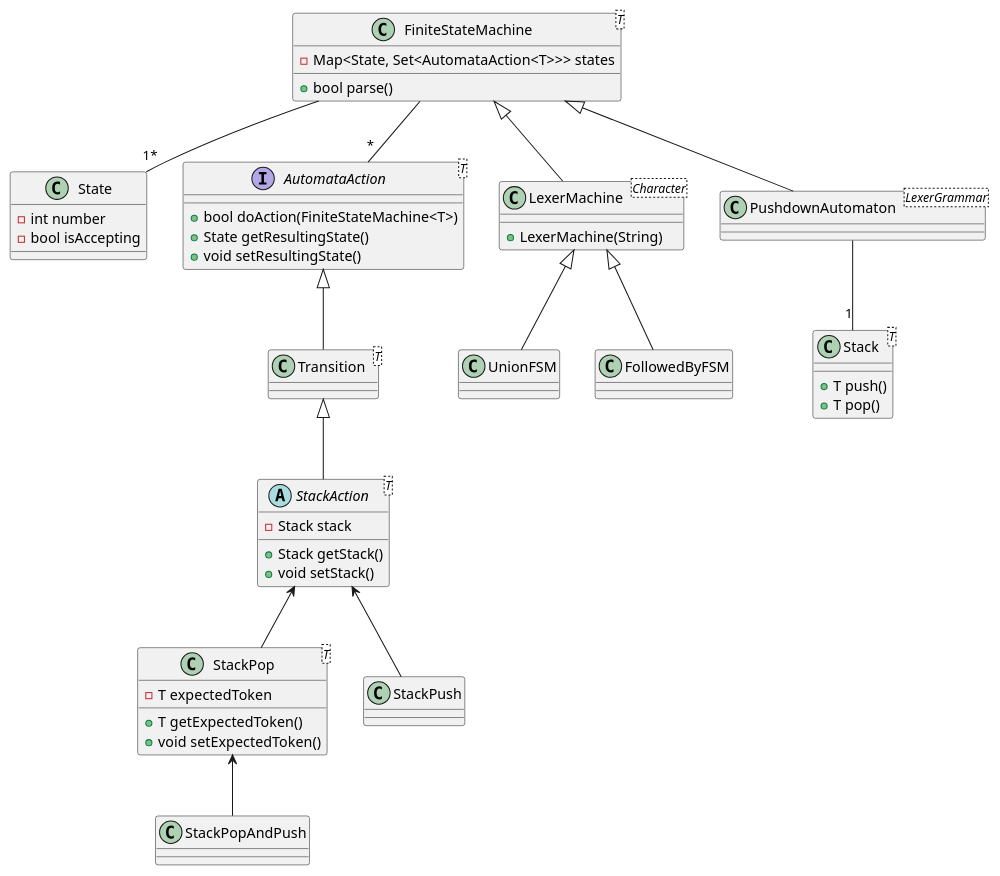
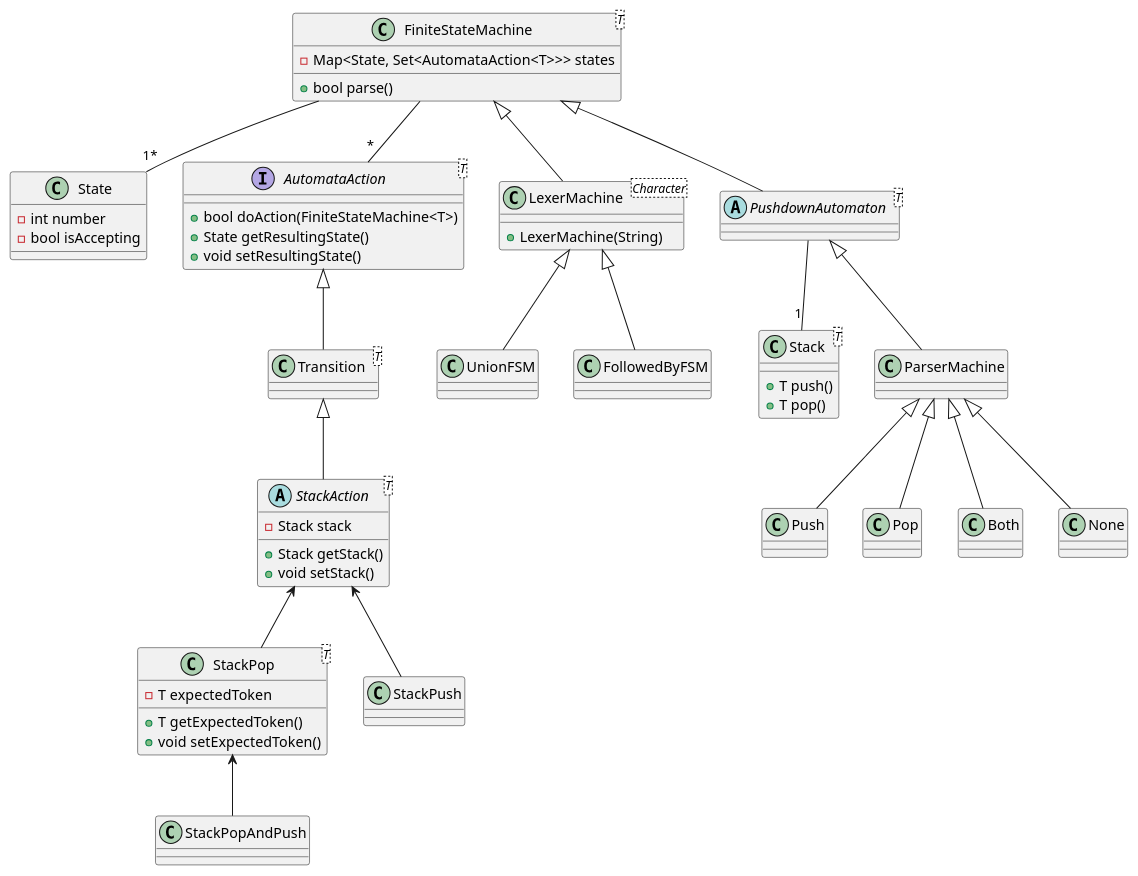
One commit to DomParfitt/tortuga changed the diagram in core/src/main/resources/Tortuga.puml. Above: the diagram before and after it, drawn with PlantUML. The commit also changed 3 other files, not shown here.

```diff
--- a/core/src/main/resources/Tortuga.puml
+++ b/core/src/main/resources/Tortuga.puml
@@ -1,68 +1,74 @@
 @startuml
 
 class FiniteStateMachine<T> {
     -Map<State, Set<AutomataAction<T>>> states
     +bool parse()
 }
 
 class State {
     - int number
     - bool isAccepting
 }
 
 interface AutomataAction<T> {
     +bool doAction(FiniteStateMachine<T>)
     +State getResultingState()
     +void setResultingState()
 }
 
 
 class LexerMachine<Character> {
     +LexerMachine(String)
 }
 
 class UnionFSM
 
 class FollowedByFSM
 
-class PushdownAutomaton<LexerGrammar>
+abstract class PushdownAutomaton<T>
 
 class Stack<T> {
     +T push()
     +T pop()
 }
 
 class Transition<T> {
 
 }
 
 abstract class StackAction<T> {
     -Stack stack
     +Stack getStack()
     +void setStack()
 }
 
 class StackPop<T> {
     -T expectedToken
     +T getExpectedToken()
     +void setExpectedToken()
 }
 
 FiniteStateMachine <|-- LexerMachine
 FiniteStateMachine <|-- PushdownAutomaton
 
 LexerMachine <|-- UnionFSM
 LexerMachine <|-- FollowedByFSM
 
 FiniteStateMachine -- "1*" State
 FiniteStateMachine -- "*" AutomataAction
 
+PushdownAutomaton <|-- ParserMachine
+ParserMachine <|-- Push
+ParserMachine <|-- Pop
+ParserMachine <|-- Both
+ParserMachine <|-- None
+
 PushdownAutomaton -- "1" Stack
 
 AutomataAction <|-- Transition
 Transition <|-- StackAction
 StackAction <-- StackPush
 StackAction <-- StackPop
 StackPop <-- StackPopAndPush
 
 @enduml
```
